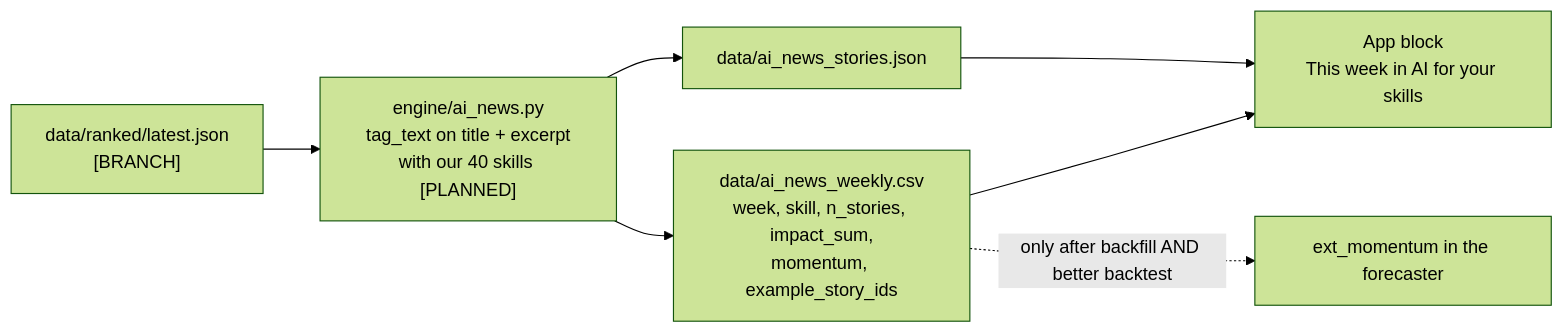
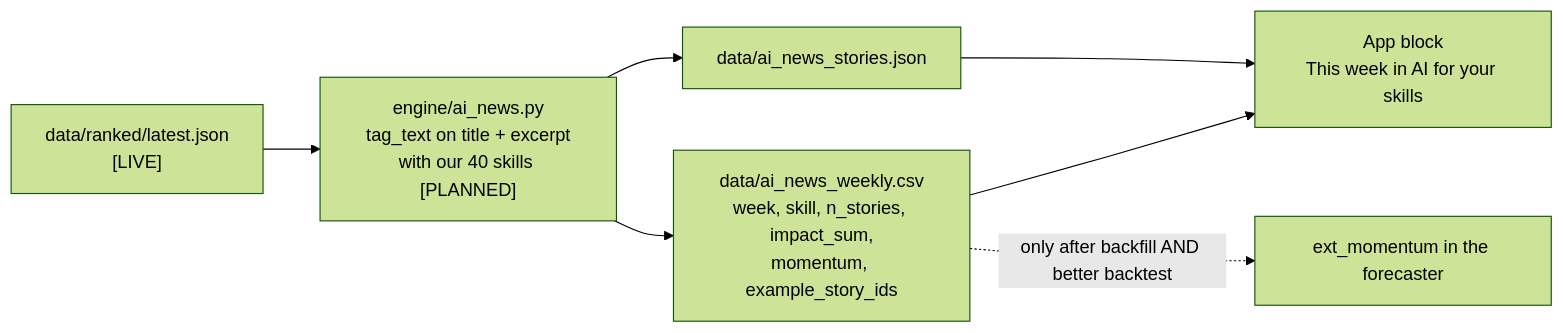
Before and after one commit to TayEeZhan/varity: the sixth of 9 diagrams in docs/architecture.md, drawn with Mermaid (forest theme). The commit also changed other lines of this file and 15 other files, not shown here.

````diff
--- a/docs/architecture.md
+++ b/docs/architecture.md
@@ -363,9 +363,9 @@
 ```mermaid
 flowchart LR
-    RJ["data/ranked/latest.json<br/>[BRANCH]"] --> AN["engine/ai_news.py<br/>tag_text on title + excerpt<br/>with our 40 skills [PLANNED]"]
+    RJ["data/ranked/latest.json<br/>[LIVE]"] --> AN["engine/ai_news.py<br/>tag_text on title + excerpt<br/>with our 40 skills [PLANNED]"]
     AN --> W["data/ai_news_weekly.csv<br/>week, skill, n_stories, impact_sum,<br/>momentum, example_story_ids"]
     AN --> ST["data/ai_news_stories.json"]
     W --> UI["App block<br/>This week in AI for your skills"]
     ST --> UI
     W -. "only after backfill AND better backtest" .-> EXT["ext_momentum in the forecaster"]
 ```
````
